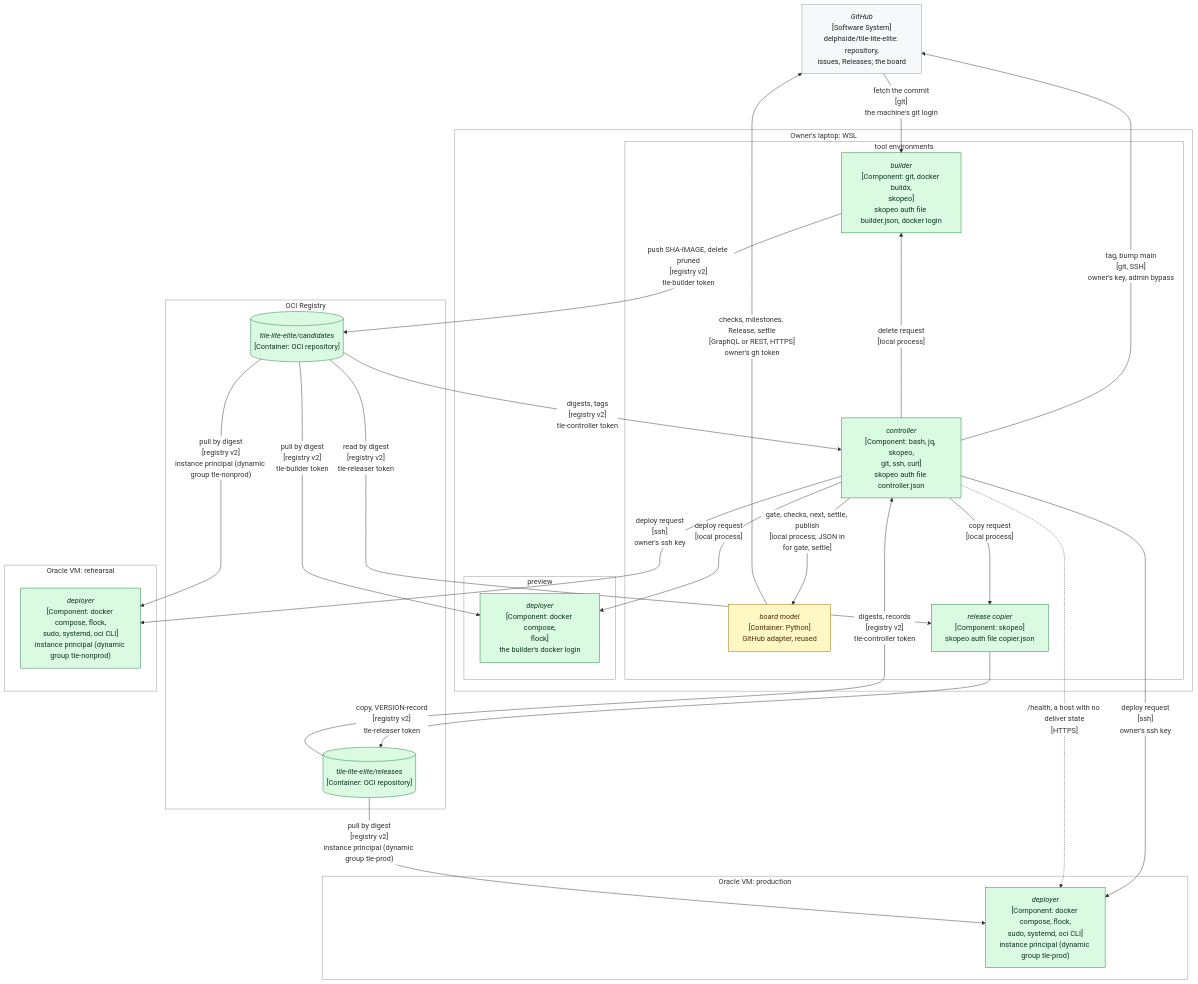
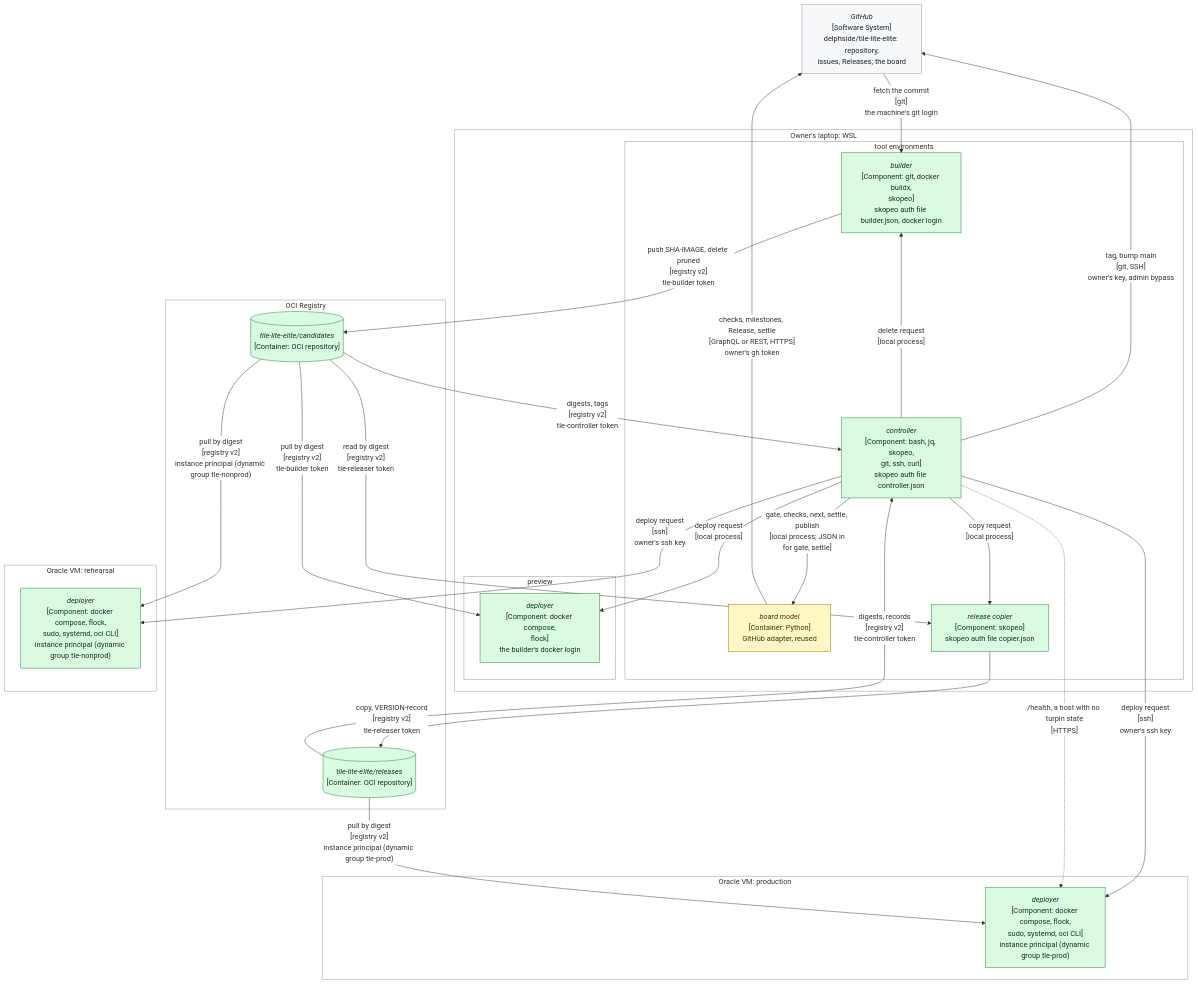
Before and after one commit to delphside/programme: the third of 7 diagrams in records/2.5-changes/programme-tooling/117-generic-deliver-tool/design.md, drawn with Mermaid. The commit also changed other lines of this file and 38 other files, not shown here.

First line of the commit message:
Change 117: rename the deliver tool to Turpin

````diff
--- a/records/2.5-changes/programme-tooling/117-generic-deliver-tool/design.md
+++ b/records/2.5-changes/programme-tooling/117-generic-deliver-tool/design.md
@@ -410,50 +410,50 @@
 ```mermaid
 %%{init: {"themeVariables": {"clusterBkg": "#ffffff", "clusterBorder": "#8c959f", "edgeLabelBackground": "#ffffff"}}}%%
 flowchart TB
   GH["<i>GitHub</i><br>[Software System]<br>delphside/tile-lite-elite: repository,<br>issues, Releases; the board"]
   subgraph LAPTOP["Owner's laptop: WSL"]
     subgraph TOOLS["tool environments"]
       CTL["<i>controller</i><br>[Component: bash, jq, skopeo,<br>git, ssh, curl]<br>skopeo auth file controller.json"]
       BM["<i>board model</i><br>[Container: Python]<br>GitHub adapter, reused"]
       BLD["<i>builder</i><br>[Component: git, docker buildx,<br>skopeo]<br>skopeo auth file builder.json, docker login"]
       COPY["<i>release copier</i><br>[Component: skopeo]<br>skopeo auth file copier.json"]
     end
     subgraph PREV["preview"]
       DEPP["<i>deployer</i><br>[Component: docker compose,<br>flock]<br>the builder's docker login"]
     end
   end
   subgraph OCIR["OCI Registry"]
     CAND[("<i>tile-lite-elite/candidates</i><br>[Container: OCI repository]")]
     REL[("<i>tile-lite-elite/releases</i><br>[Container: OCI repository]")]
   end
   subgraph REHVM["Oracle VM: rehearsal"]
     DEPR["<i>deployer</i><br>[Component: docker compose, flock,<br>sudo, systemd, oci CLI]<br>instance principal (dynamic group tle-nonprod)"]
   end
   subgraph PRODVM["Oracle VM: production"]
     DEPX["<i>deployer</i><br>[Component: docker compose, flock,<br>sudo, systemd, oci CLI]<br>instance principal (dynamic group tle-prod)"]
   end
   GH -->|"fetch the commit<br>[git]<br>the machine's git login"| BLD
   CTL -->|"gate, checks, next, settle, publish<br>[local process; JSON in<br>for gate, settle]"| BM
   BM -->|"checks, milestones, Release, settle<br>[GraphQL or REST, HTTPS]<br>owner's gh token"| GH
   CTL -->|"tag, bump main<br>[git, SSH]<br>owner's key, admin bypass"| GH
   BLD -->|"push SHA-IMAGE, delete pruned<br>[registry v2]<br>tle-builder token"| CAND
   CAND -->|"digests, tags<br>[registry v2]<br>tle-controller token"| CTL
   REL -->|"digests, records<br>[registry v2]<br>tle-controller token"| CTL
   CTL -->|"delete request<br>[local process]"| BLD
   CTL -->|"copy request<br>[local process]"| COPY
   CAND -->|"read by digest<br>[registry v2]<br>tle-releaser token"| COPY
   COPY -->|"copy, VERSION-record<br>[registry v2]<br>tle-releaser token"| REL
   CTL -->|"deploy request<br>[local process]"| DEPP
   CTL -->|"deploy request<br>[ssh]<br>owner's ssh key"| DEPR
   CTL -->|"deploy request<br>[ssh]<br>owner's ssh key"| DEPX
-  CTL -.->|"/health, a host with no deliver state<br>[HTTPS]"| DEPX
+  CTL -.->|"/health, a host with no turpin state<br>[HTTPS]"| DEPX
   CAND -->|"pull by digest<br>[registry v2]<br>tle-builder token"| DEPP
   CAND -->|"pull by digest<br>[registry v2]<br>instance principal (dynamic group tle-nonprod)"| DEPR
   REL -->|"pull by digest<br>[registry v2]<br>instance principal (dynamic group tle-prod)"| DEPX
   classDef unchanged    fill:#f6f8fa,stroke:#8c959f,color:#1f2328
   classDef new          fill:#dafbe1,stroke:#1a7f37,color:#0a3622
   classDef changed      fill:#fff8c5,stroke:#9a6700,color:#4d2d00
   class CTL,BLD,COPY,DEPP,DEPR,DEPX,CAND,REL new
   class BM changed
   class GH unchanged
 ```
````
